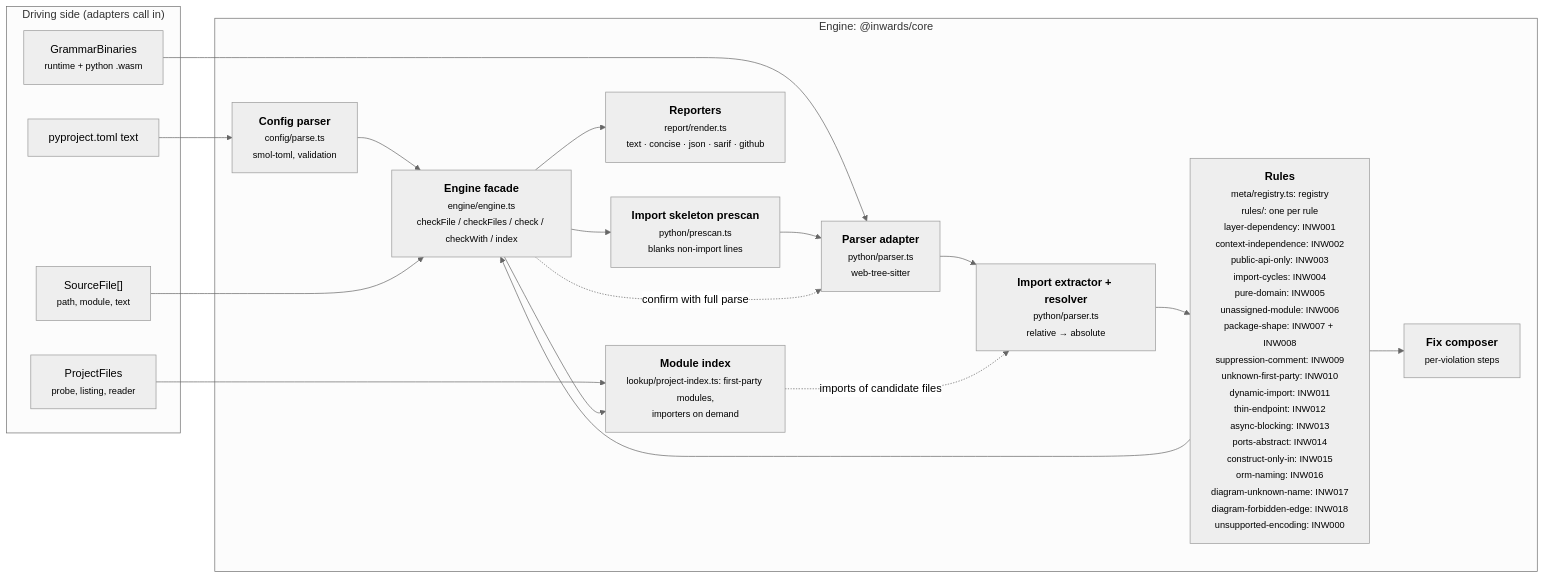
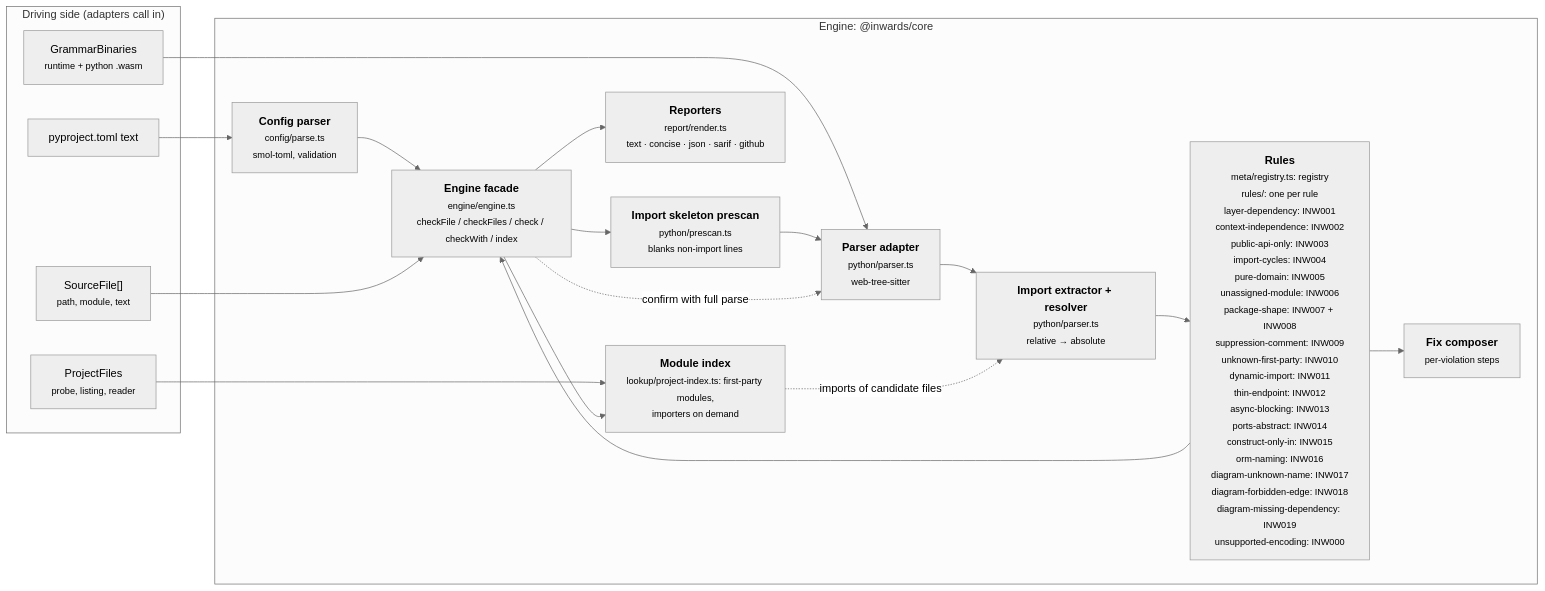
Before and after one commit to SirCypkowskyy/inwards: the third of 6 diagrams in docs/chapters/03-Architecture-C4.md, drawn with Mermaid (neutral theme). The commit also changed other lines of this file and 50 other files, not shown here.

First line of the commit message:
feat(rules): add INW019 diagram-missing-dependency (#384)

````diff
--- a/docs/chapters/03-Architecture-C4.md
+++ b/docs/chapters/03-Architecture-C4.md
@@ -105,33 +105,33 @@
 ```mermaid
 flowchart LR
     subgraph driving["Driving side (adapters call in)"]
         files["SourceFile[]<br/><small>path, module, text</small>"]
         pfiles["ProjectFiles<br/><small>probe, listing, reader</small>"]
         cfgtext["pyproject.toml text"]
         wasm["GrammarBinaries<br/><small>runtime + python .wasm</small>"]
     end
 
     subgraph enginebox["Engine: @inwards/core"]
         config["<b>Config parser</b><br/><small>config/parse.ts<br/>smol-toml, validation</small>"]
         pre["<b>Import skeleton prescan</b><br/><small>python/prescan.ts<br/>blanks non-import lines</small>"]
         parser["<b>Parser adapter</b><br/><small>python/parser.ts<br/>web-tree-sitter</small>"]
         extract["<b>Import extractor + resolver</b><br/><small>python/parser.ts<br/>relative → absolute</small>"]
-        rules["<b>Rules</b><br/><small>meta/registry.ts: registry<br/>rules/: one per rule<br/>layer-dependency: INW001<br/>context-independence: INW002<br/>public-api-only: INW003<br/>import-cycles: INW004<br/>pure-domain: INW005<br/>unassigned-module: INW006<br/>package-shape: INW007 + INW008<br/>suppression-comment: INW009<br/>unknown-first-party: INW010<br/>dynamic-import: INW011<br/>thin-endpoint: INW012<br/>async-blocking: INW013<br/>ports-abstract: INW014<br/>construct-only-in: INW015<br/>orm-naming: INW016<br/>diagram-unknown-name: INW017<br/>diagram-forbidden-edge: INW018<br/>unsupported-encoding: INW000</small>"]
+        rules["<b>Rules</b><br/><small>meta/registry.ts: registry<br/>rules/: one per rule<br/>layer-dependency: INW001<br/>context-independence: INW002<br/>public-api-only: INW003<br/>import-cycles: INW004<br/>pure-domain: INW005<br/>unassigned-module: INW006<br/>package-shape: INW007 + INW008<br/>suppression-comment: INW009<br/>unknown-first-party: INW010<br/>dynamic-import: INW011<br/>thin-endpoint: INW012<br/>async-blocking: INW013<br/>ports-abstract: INW014<br/>construct-only-in: INW015<br/>orm-naming: INW016<br/>diagram-unknown-name: INW017<br/>diagram-forbidden-edge: INW018<br/>diagram-missing-dependency: INW019<br/>unsupported-encoding: INW000</small>"]
         fix["<b>Fix composer</b><br/><small>per-violation steps</small>"]
         report["<b>Reporters</b><br/><small>report/render.ts<br/>text · concise · json · sarif · github</small>"]
         engine["<b>Engine facade</b><br/><small>engine/engine.ts<br/>checkFile / checkFiles / check / checkWith / index</small>"]
         modgraph["<b>Module index</b><br/><small>lookup/project-index.ts: first-party modules,<br/>importers on demand</small>"]
     end
 
     cfgtext --> config --> engine
     wasm --> parser
     files --> engine
     engine --> pre --> parser --> extract --> rules
     rules --> fix
     rules --> engine
     engine -. "confirm with full parse" .-> parser
     pfiles --> modgraph
     engine --> modgraph
     modgraph -. "imports of candidate files" .-> extract
     engine --> report
 ```
````
